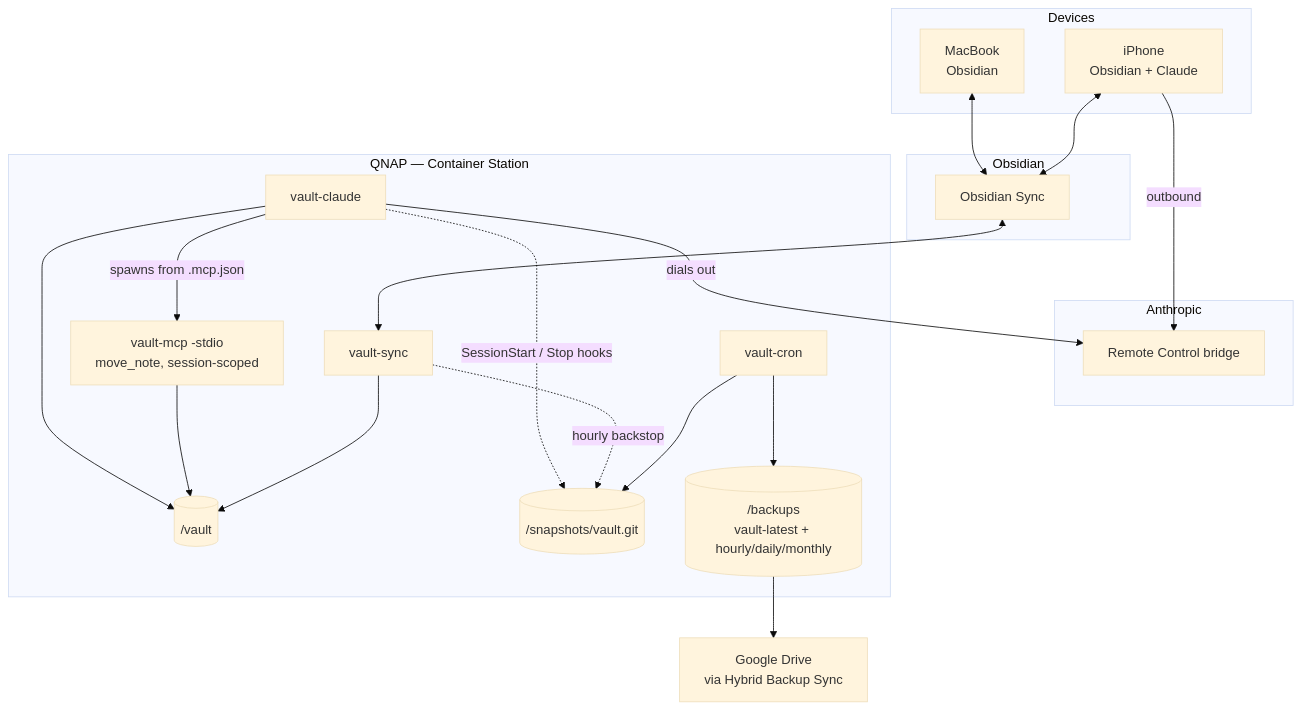
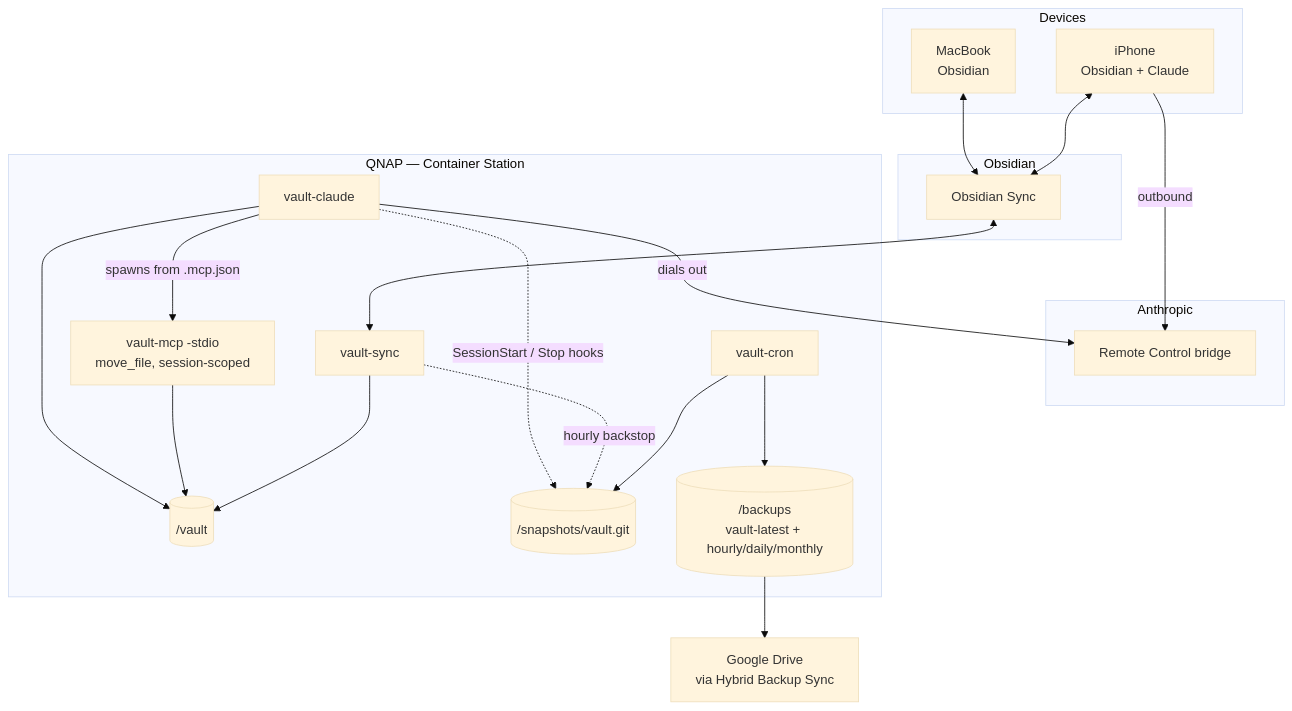
The first of 4 diagrams in obsidian-vault/ARCHITECTURE.md (ky1ejs/homelab), drawn with Mermaid (base theme) before and after one commit. The commit also changed other lines of this file and 14 other files, not shown here.

````diff
--- a/obsidian-vault/ARCHITECTURE.md
+++ b/obsidian-vault/ARCHITECTURE.md
@@ -25,42 +25,42 @@
 ```mermaid
 flowchart TB
     subgraph clients["Devices"]
         mac["MacBook<br/>Obsidian"]
         iphone["iPhone<br/>Obsidian + Claude"]
     end
 
     subgraph anth["Anthropic"]
         bridge["Remote Control bridge"]
     end
 
     subgraph obsc["Obsidian"]
         syncsvc["Obsidian Sync"]
     end
 
     subgraph nas["QNAP — Container Station"]
         agent["vault-claude"]
-        move["vault-mcp -stdio<br/>move_note, session-scoped"]
+        move["vault-mcp -stdio<br/>move_file, session-scoped"]
         sync["vault-sync"]
         cron["vault-cron"]
         vault[("/vault")]
         snap[("/snapshots/vault.git")]
         bundles[("/backups<br/>vault-latest + hourly/daily/monthly")]
     end
 
     gdrive["Google Drive<br/>via Hybrid Backup Sync"]
 
     iphone -->|outbound| bridge
     agent -->|dials out| bridge
     mac <--> syncsvc
     iphone <--> syncsvc
     syncsvc <--> sync
     agent --> vault
     agent -->|spawns from .mcp.json| move
     move --> vault
     sync --> vault
     agent -.->|SessionStart / Stop hooks| snap
     sync -.->|hourly backstop| snap
     cron --> snap
     cron --> bundles
     bundles --> gdrive
 ```
````
